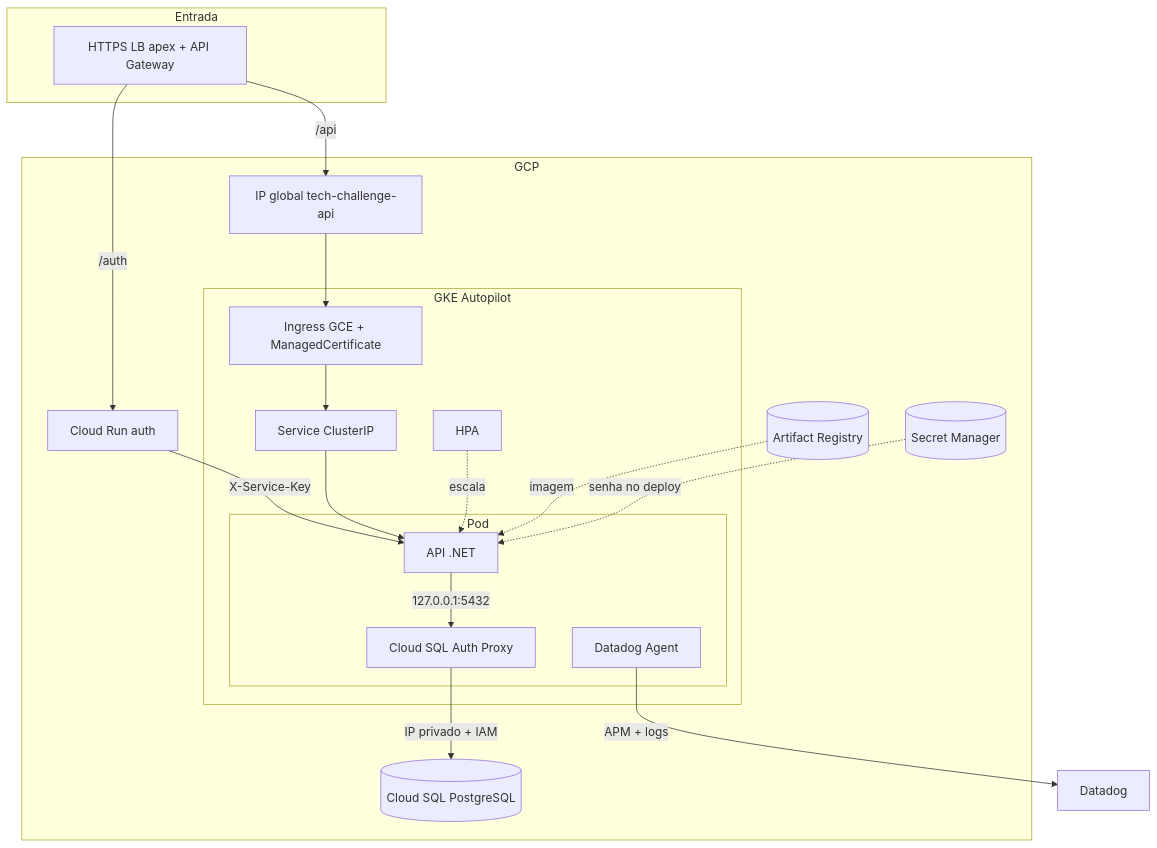
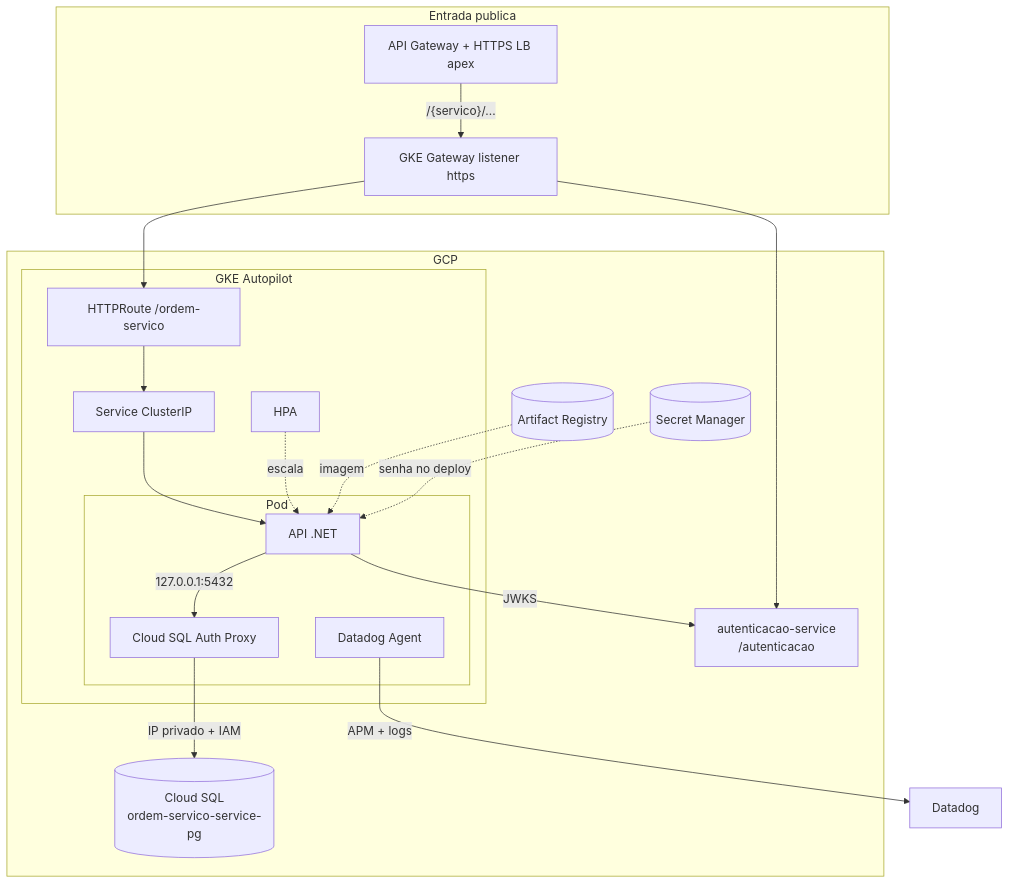
The third of 4 diagrams in README.md (fiap-vcosta/ordem-servico-service), drawn with Mermaid before and after one commit. The commit also changed other lines of this file and 8 other files, not shown here.

Commit message:
docs: C4/Gateway atuais, coverage, domínio no e2e e limpeza auth legado (#43)

````diff
--- a/README.md
+++ b/README.md
@@ -59,37 +79,37 @@
 ```mermaid
 flowchart TB
-  subgraph entry["Entrada"]
-    apex["HTTPS LB apex + API Gateway"]
+  subgraph entry["Entrada publica"]
+    apex["API Gateway + HTTPS LB apex"]
+    gkeGw["GKE Gateway listener https"]
   end
   subgraph gcp["GCP"]
     ar[("Artifact Registry")]
-    ip["IP global tech-challenge-api"]
-    auth["Cloud Run auth"]
+    auth["autenticacao-service<br/>/autenticacao"]
     subgraph gke["GKE Autopilot"]
-      ing["Ingress GCE + ManagedCertificate"]
+      route["HTTPRoute /ordem-servico"]
       svc["Service ClusterIP"]
       subgraph pod["Pod"]
         api["API .NET"]
         proxy["Cloud SQL Auth Proxy"]
         dd["Datadog Agent"]
       end
       hpa["HPA"]
     end
-    sql[("Cloud SQL PostgreSQL")]
+    sql[("Cloud SQL<br/>ordem-servico-service-pg")]
     sm[("Secret Manager")]
   end
   datadog["Datadog"]
 
-  apex -->|"/api"| ip
-  apex -->|"/auth"| auth
-  auth -->|"X-Service-Key"| api
-  ip --> ing
-  ing --> svc
+  apex -->|"/{servico}/..."| gkeGw
+  gkeGw --> route
+  gkeGw --> auth
+  route --> svc
   svc --> api
   hpa -.->|"escala"| api
+  api -->|"JWKS"| auth
   api -->|"127.0.0.1:5432"| proxy
   proxy -->|"IP privado + IAM"| sql
   ar -.->|"imagem"| api
   sm -.->|"senha no deploy"| api
   dd -->|"APM + logs"| datadog
 ```
````
